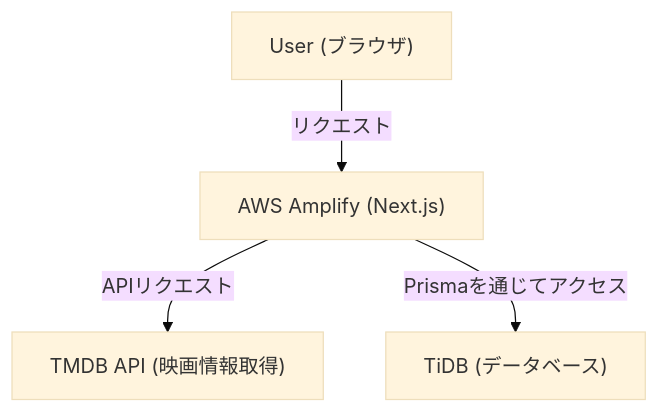
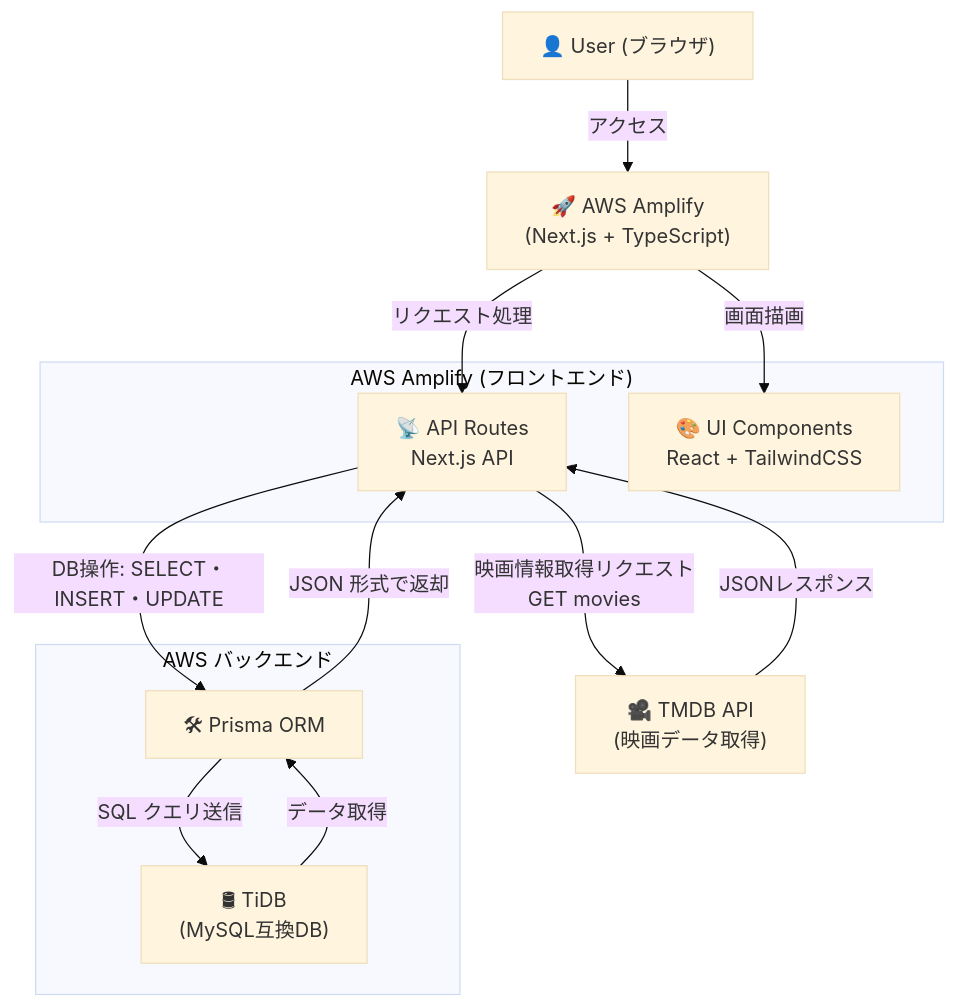
One commit to hato-taka/TMDb-api changed the diagram in docs/requirements/v1.0/requirement_v1_0.md. Above: the diagram before and after it, drawn with Mermaid (base theme).

Commit message:
ADD: 要件定義書にAWS Amplifyのフロントエンドとバックエンドの構成を追加

````diff
--- a/docs/requirements/v1.0/requirement_v1_0.md
+++ b/docs/requirements/v1.0/requirement_v1_0.md
@@ -26,6 +26,29 @@
 ```mermaid
 graph TD;
-    User["User (ブラウザ)"] -->|リクエスト| Amplify["AWS Amplify (Next.js)"];
-    Amplify -->|APIリクエスト| TMDB["TMDB API (映画情報取得)"];
-    Amplify -->|Prismaを通じてアクセス| TiDB["TiDB (データベース)"];
+    %% ユーザー
+    User["👤 User (ブラウザ)"] -->|アクセス| Amplify["🚀 AWS Amplify<br>(Next.js + TypeScript)"];
+
+    %% Amplifyの動作
+    subgraph "AWS Amplify (フロントエンド)"
+        AmplifyAPI["📡 API Routes<br>Next.js API"] 
+        AmplifyUI["🎨 UI Components<br>React + TailwindCSS"]
+    end
+    
+    Amplify -->|画面描画| AmplifyUI;
+    Amplify -->|リクエスト処理| AmplifyAPI;
+
+    %% TMDB API とのやり取り
+    AmplifyAPI -->|"映画情報取得リクエスト<br>GET movies"| TMDB["🎥 TMDB API<br>(映画データ取得)"];
+    TMDB -->|"JSONレスポンス"| AmplifyAPI;
+
+    %% データベースの操作
+    subgraph "AWS バックエンド"
+        TiDB["🛢 TiDB<br>(MySQL互換DB)"];
+        Prisma["🛠 Prisma ORM"];
+    end
+    
+    AmplifyAPI -->|"DB操作: SELECT・INSERT・UPDATE"| Prisma;
+    Prisma -->|"SQL クエリ送信"| TiDB;
+    TiDB -->|"データ取得"| Prisma;
+    Prisma -->|"JSON 形式で返却"| AmplifyAPI;
 ```
````
